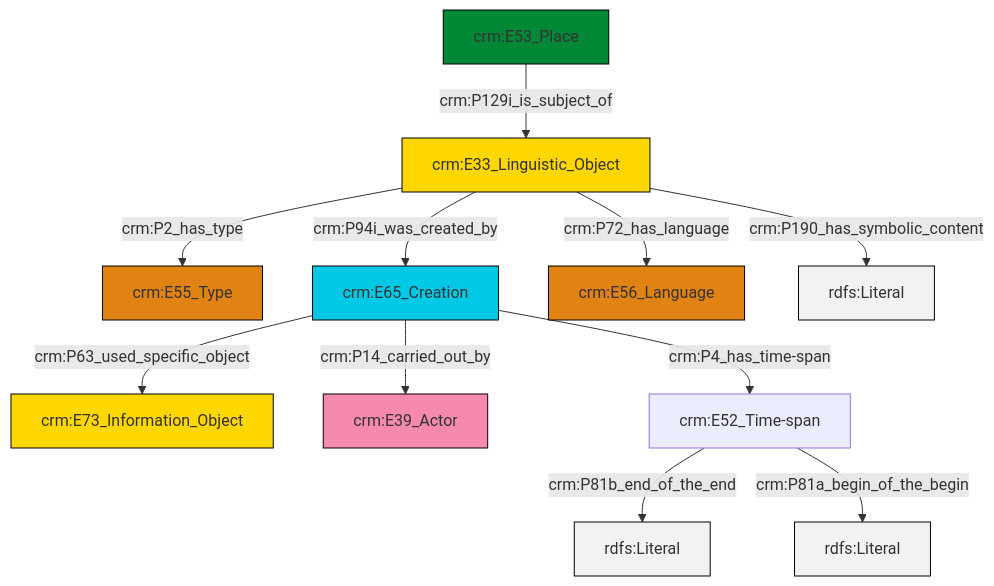
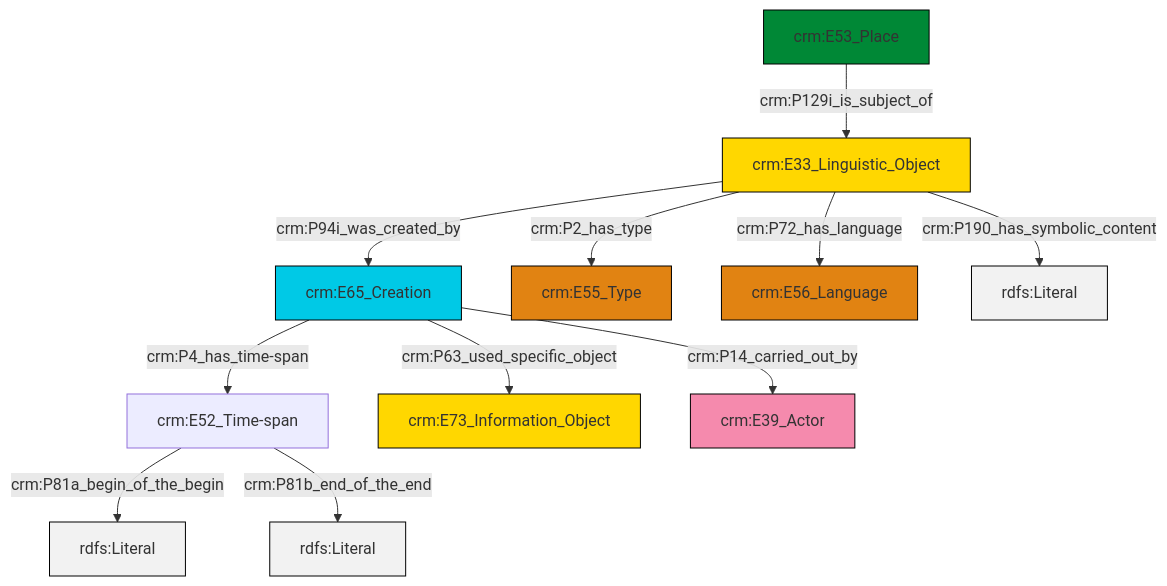
The diagram in et/placeCSV/ttl/mmd/place_description.ttl.mmd (swiss-art-research-net/reference-data-models), drawn with Mermaid before and after one commit. The commit also changed 124 other files, not shown here.

```diff
--- a/et/placeCSV/ttl/mmd/place_description.ttl.mmd
+++ b/et/placeCSV/ttl/mmd/place_description.ttl.mmd
@@ -1,25 +1,25 @@
 graph TD
 classDef Literal fill:#f2f2f2,stroke:#000000;
 classDef CRM_Entity fill:#FFFFFF,stroke:#000000;
 classDef Temporal_Entity fill:#00C9E6, stroke:#000000;
 classDef Type fill:#E18312, stroke:#000000;
 classDef Time-Span fill:#2C9C91, stroke:#000000;
 classDef Appellation fill:#FFEB7F, stroke:#000000;
 classDef Place fill:#008836, stroke:#000000;
 classDef Persistent_Item fill:#B266B2, stroke:#000000;
 classDef Conceptual_Object fill:#FFD700, stroke:#000000;
 classDef Physical_Thing fill:#D2B48C, stroke:#000000;
 classDef Actor fill:#f58aad, stroke:#000000;
 classDef PC_Classes fill:#4ce600, stroke:#000000;
 classDef Multi fill:#cccccc,stroke:#000000;
 
-0["crm:E33_Linguistic_Object"]:::Conceptual_Object -->|crm:P2_has_type| 1["crm:E55_Type"]:::Type
-0["crm:E33_Linguistic_Object"]:::Conceptual_Object -->|crm:P94i_was_created_by| 4["crm:E65_Creation"]:::Temporal_Entity
-4["crm:E65_Creation"]:::Temporal_Entity -->|crm:P63_used_specific_object| 2["crm:E73_Information_Object"]:::Conceptual_Object
-0["crm:E33_Linguistic_Object"]:::Conceptual_Object -->|crm:P72_has_language| 5["crm:E56_Language"]:::Type
-8["crm:E52_Time-span"]:::Default -->|crm:P81b_end_of_the_end| 9[rdfs:Literal]:::Literal
-10["crm:E53_Place"]:::Place -->|crm:P129i_is_subject_of| 0["crm:E33_Linguistic_Object"]:::Conceptual_Object
-4["crm:E65_Creation"]:::Temporal_Entity -->|crm:P14_carried_out_by| 6["crm:E39_Actor"]:::Actor
-4["crm:E65_Creation"]:::Temporal_Entity -->|crm:P4_has_time-span| 8["crm:E52_Time-span"]:::Default
-8["crm:E52_Time-span"]:::Default -->|crm:P81a_begin_of_the_begin| 16[rdfs:Literal]:::Literal
-0["crm:E33_Linguistic_Object"]:::Conceptual_Object -->|crm:P190_has_symbolic_content| 17[rdfs:Literal]:::Literal
+2["crm:E52_Time-span"]:::Default -->|crm:P81a_begin_of_the_begin| 3[rdfs:Literal]:::Literal
+2["crm:E52_Time-span"]:::Default -->|crm:P81b_end_of_the_end| 4[rdfs:Literal]:::Literal
+5["crm:E33_Linguistic_Object"]:::Conceptual_Object -->|crm:P2_has_type| 6["crm:E55_Type"]:::Type
+0["crm:E65_Creation"]:::Temporal_Entity -->|crm:P63_used_specific_object| 7["crm:E73_Information_Object"]:::Conceptual_Object
+5["crm:E33_Linguistic_Object"]:::Conceptual_Object -->|crm:P94i_was_created_by| 0["crm:E65_Creation"]:::Temporal_Entity
+5["crm:E33_Linguistic_Object"]:::Conceptual_Object -->|crm:P72_has_language| 11["crm:E56_Language"]:::Type
+0["crm:E65_Creation"]:::Temporal_Entity -->|crm:P14_carried_out_by| 12["crm:E39_Actor"]:::Actor
+14["crm:E53_Place"]:::Place -->|crm:P129i_is_subject_of| 5["crm:E33_Linguistic_Object"]:::Conceptual_Object
+5["crm:E33_Linguistic_Object"]:::Conceptual_Object -->|crm:P190_has_symbolic_content| 15[rdfs:Literal]:::Literal
+0["crm:E65_Creation"]:::Temporal_Entity -->|crm:P4_has_time-span| 2["crm:E52_Time-span"]:::Default
```
